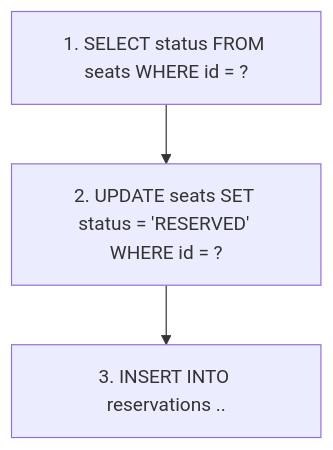
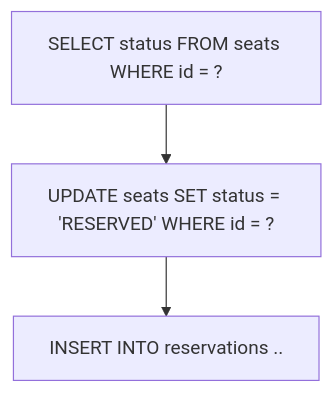
Before and after one commit to boy672820/hhplus-server-concert: the second of 6 diagrams in docs/performance.md, drawn with Mermaid. The commit also changed other lines of this file, not shown here.

Commit message:
mermaid 에러 수정

````diff
--- a/docs/performance.md
+++ b/docs/performance.md
@@ -285,5 +285,5 @@
 ```mermaid
 flowchart TD
 
-1[1. SELECT status FROM seats WHERE id = ?]-->2[2. UPDATE seats SET status = 'RESERVED' WHERE id = ?]-->3[3. INSERT INTO reservations ..]
+1[SELECT status FROM seats WHERE id = ?]-->2[UPDATE seats SET status = 'RESERVED' WHERE id = ?]-->3[INSERT INTO reservations ..]
 ```
````
